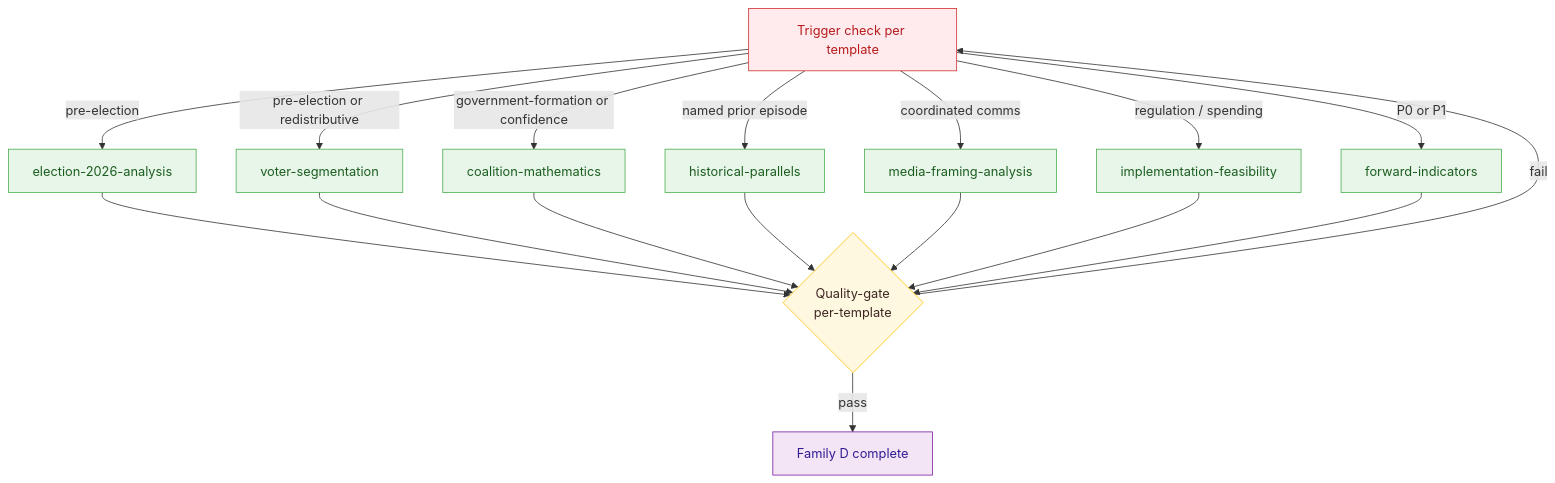
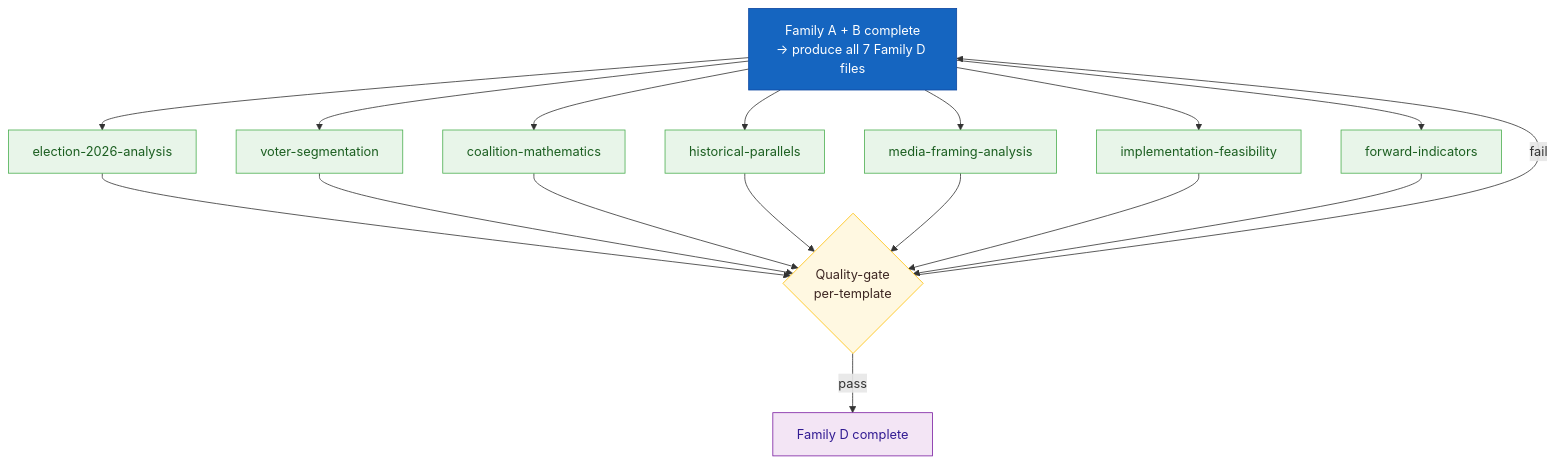
One commit to Hack23/riksdagsmonitor changed the ninth of 9 diagrams in analysis/methodologies/electoral-domain-methodology.md. Above: the diagram before and after it, drawn with Mermaid. The commit also changed other lines of this file and 5 other files, not shown here.

First line of the commit message:
Elevate all families to always-produced core; flag methodology-reflection VITAL

````diff
--- a/analysis/methodologies/electoral-domain-methodology.md
+++ b/analysis/methodologies/electoral-domain-methodology.md
@@ -406,38 +406,38 @@
 ```mermaid
 flowchart TD
-    classDef check fill:#FFEBEE,stroke:#D32F2F,color:#B71C1C
+    classDef core fill:#1565C0,stroke:#0D47A1,color:#FFFFFF
     classDef step fill:#E8F5E9,stroke:#4CAF50,color:#1B5E20
     classDef gate fill:#FFF8E1,stroke:#FFC107,color:#3E2723
     classDef out fill:#F3E5F5,stroke:#7B1FA2,color:#311B92
 
-    TC[Trigger check per template]:::check
+    TC[Family A + B complete<br/>→ produce all 7 Family D files]:::core
 
     E1[election-2026-analysis]:::step
     E2[voter-segmentation]:::step
     E3[coalition-mathematics]:::step
     H[historical-parallels]:::step
     MF[media-framing-analysis]:::step
     IF[implementation-feasibility]:::step
     FI[forward-indicators]:::step
 
     G{Quality-gate<br/>per-template}:::gate
     O[Family D complete]:::out
 
-    TC -->|pre-election| E1
-    TC -->|pre-election or redistributive| E2
-    TC -->|government-formation or confidence| E3
-    TC -->|named prior episode| H
-    TC -->|coordinated comms| MF
-    TC -->|regulation / spending| IF
-    TC -->|P0 or P1| FI
+    TC --> E1
+    TC --> E2
+    TC --> E3
+    TC --> H
+    TC --> MF
+    TC --> IF
+    TC --> FI
 
     E1 --> G
     E2 --> G
     E3 --> G
     H --> G
     MF --> G
     IF --> G
     FI --> G
     G -->|pass| O
     G -->|fail| TC
 ```
````
